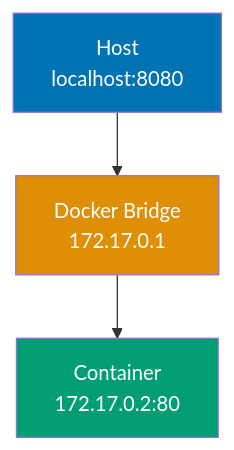
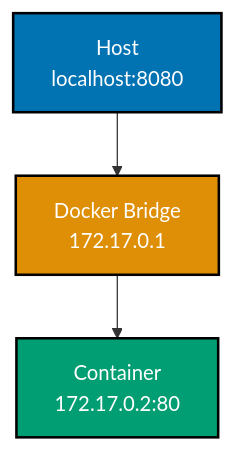
Before and after one commit to wahidyankf/open-sharia-enterprise: the fourth of 8 diagrams in apps/ayokoding-web/content/en/learn/software-engineering/infrastructure/tools/docker/by-example/beginner.md, drawn with Mermaid. The commit also changed other lines of this file and 25 other files, not shown here.

````diff
--- a/apps/ayokoding-web/content/en/learn/software-engineering/infrastructure/tools/docker/by-example/beginner.md
+++ b/apps/ayokoding-web/content/en/learn/software-engineering/infrastructure/tools/docker/by-example/beginner.md
@@ -849,10 +852,11 @@
 ```mermaid
+%% Color Palette: Blue #0173B2, Orange #DE8F05, Teal #029E73, Purple #CC78BC, Brown #CA9161
 %% Port mapping flow
 graph TD
  A["Host<br/>localhost:8080"] --> B["Docker Bridge<br/>172.17.0.1"]
  B --> C["Container<br/>172.17.0.2:80"]
 
- style A fill:#0173B2,color:#fff
- style B fill:#DE8F05,color:#fff
- style C fill:#029E73,color:#fff
+ style A fill:#0173B2,stroke:#000000,stroke-width:2px,color:#fff
+ style B fill:#DE8F05,stroke:#000000,stroke-width:2px,color:#fff
+ style C fill:#029E73,stroke:#000000,stroke-width:2px,color:#fff
 ```
````
